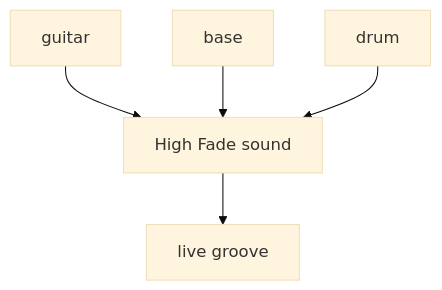
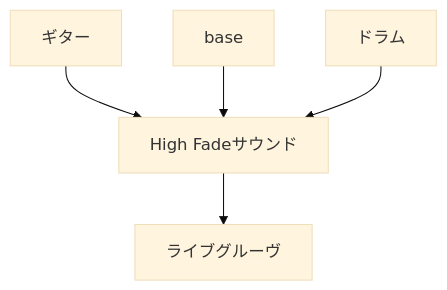
Diagram 11 of 16 in en/_posts/2026-08-04-column-high-fade.md (monumental-movement/monumental-movement.github.io), drawn with Mermaid (base theme) before and after one commit. The commit also changed other lines of this file and 2196 other files, not shown here.

```diff
--- a/en/_posts/2026-08-04-column-high-fade.md
+++ b/en/_posts/2026-08-04-column-high-fade.md
@@ -1192,14 +1191,14 @@
 <div class="mermaid">
 flowchart TD
-A[High Fade sound]
+A[High Fadeサウンド]
 
-B[guitar]
+B[ギター]
 C[base]
-D[drum]
+D[ドラム]
 
 B --> A
 C --> A
 D --> A
 
-A --> E[live groove]
+A --> E[ライブグルーヴ]
 </div>
```
